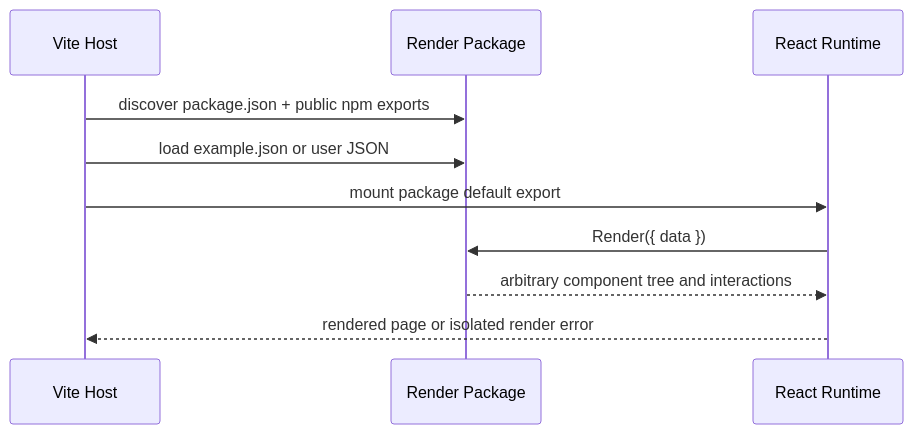
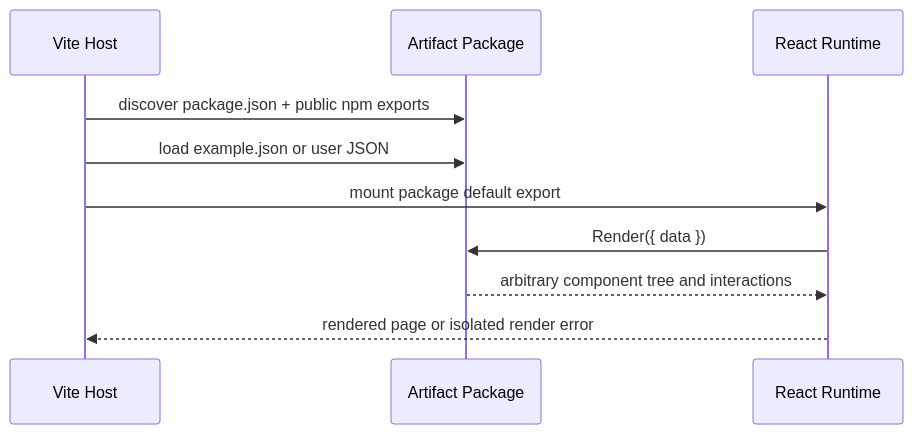
One commit to MivoAI/open-artifacts changed the diagram in docs/architecture.md. Above: the diagram before and after it, drawn with Mermaid. The commit also changed other lines of this file and 43 other files, not shown here.

Commit message:
refactor: adopt Artifact Package vocabulary (#2)

````diff
--- a/docs/architecture.md
+++ b/docs/architecture.md
@@ -20,13 +20,13 @@
 ```mermaid
 sequenceDiagram
     participant Host as Vite Host
-    participant Package as Render Package
+    participant Package as Artifact Package
     participant React as React Runtime
 
     Host->>Package: discover package.json + public npm exports
     Host->>Package: load example.json or user JSON
     Host->>React: mount package default export
     React->>Package: Render({ data })
     Package-->>React: arbitrary component tree and interactions
     React-->>Host: rendered page or isolated render error
 ```
````
